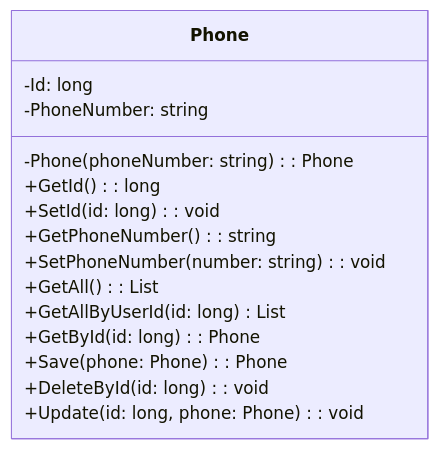
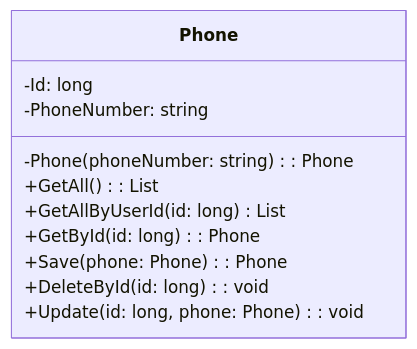
Before and after one commit to AndreLucas0/diagrama-de-classes-projeto-integrador: the sixth of 17 diagrams in Classes.md, drawn with Mermaid. The commit also changed other lines of this file, not shown here.

Commit message:
diagrama de classes sem relacoes finalizado

````diff
--- a/Classes.md
+++ b/Classes.md
@@ -86,18 +68,14 @@
 ```mermaid
 classDiagram
     class Phone {
         -Id: long
         -PhoneNumber: string
         -Phone (phoneNumber: string): Phone
-        +GetId (): long
-        +SetId (id: long): void
-        +GetPhoneNumber (): string
-        +SetPhoneNumber (number: string): void
         +GetAll (): List<Phone>
         +GetAllByUserId (id: long) List<Phone>
         +GetById (id: long): Phone
         +Save (phone: Phone): Phone
         +DeleteById (id: long): void
         +Update (id: long, phone: Phone): void
     }
 ```
````
